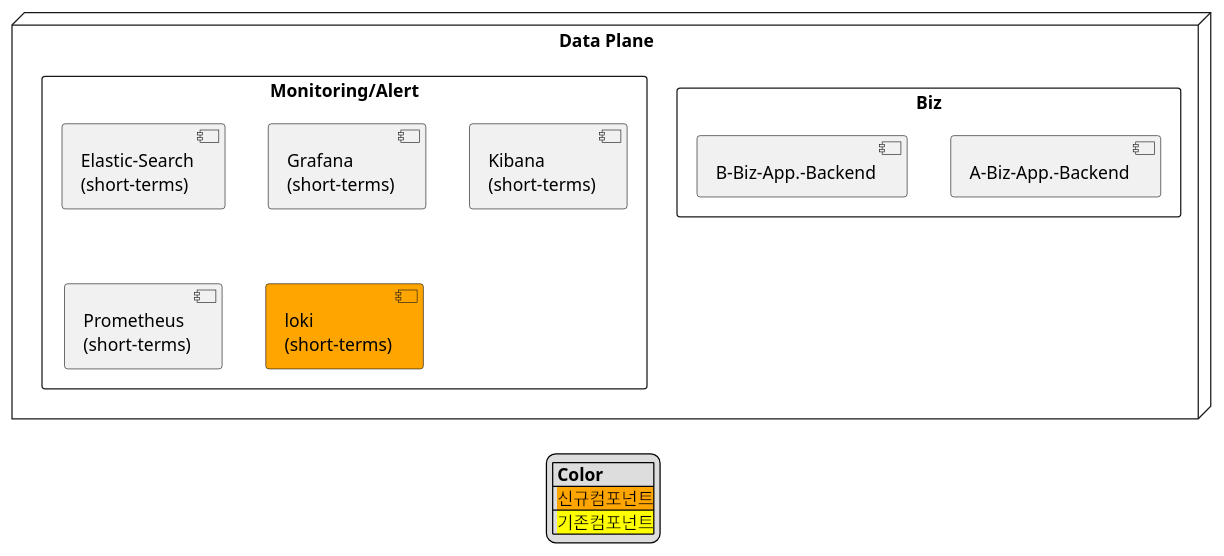
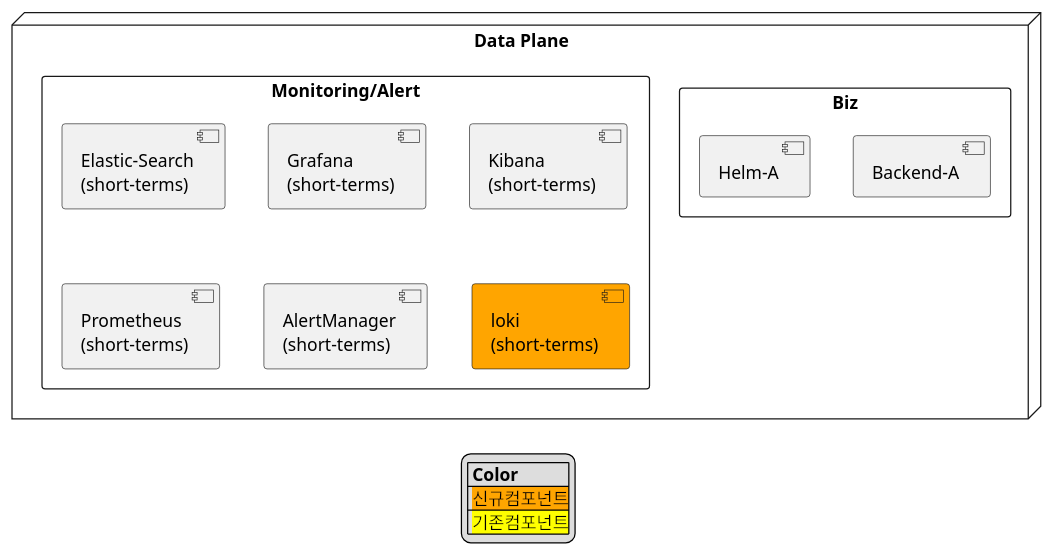
One commit to htdp1/am-arch changed the third of 13 diagrams in docs/src/multi-cloud/diagram.md. Above: the diagram before and after it, drawn with PlantUML. The commit also changed other lines of this file, not shown here.

Commit message:
modify diagram 1449

```diff
--- a/docs/src/multi-cloud/diagram.md
+++ b/docs/src/multi-cloud/diagram.md
@@ -94,23 +95,24 @@
 @startuml
 
 legend
     |= Color |
     | <size:14><back:#Orange>신규컴포넌트</back></size>|
     | <size:14><back:#Yellow>기존컴포넌트</back></size>|
 endlegend
 
 node "Data Plane" as bdp {
-    rectangle "Biz" as bdp_biz {
-        [A-Biz-App.-Backend] as bdp_biza
-        [B-Biz-App.-Backend] as bdp_bizb
+    rectangle "Biz" as biz {
+        [Backend-A]
+        [Helm-A]
     }
-    rectangle "Monitoring/Alert" as bdp_mon {
-        [Elastic-Search\n(short-terms)] as bdp_mon_elk
-        [Grafana\n(short-terms)] as bdp_mon_grafana
-        [Kibana\n(short-terms)] as bdp_mon_kibana
-        [Prometheus\n(short-terms)] as bdp_mon_prometheus
-        [loki\n(short-terms)] as dbp_mon_loki #orange
+    rectangle "Monitoring/Alert" as mon {
+        [Elastic-Search\n(short-terms)] as elastic
+        [Grafana\n(short-terms)] as grafana
+        [Kibana\n(short-terms)] as kibana
+        [Prometheus\n(short-terms)] as prometheus
+        [AlertManager\n(short-terms)] as alertmanager
+        [loki\n(short-terms)] as loki #orange
     }
 }
 
 @enduml
```
